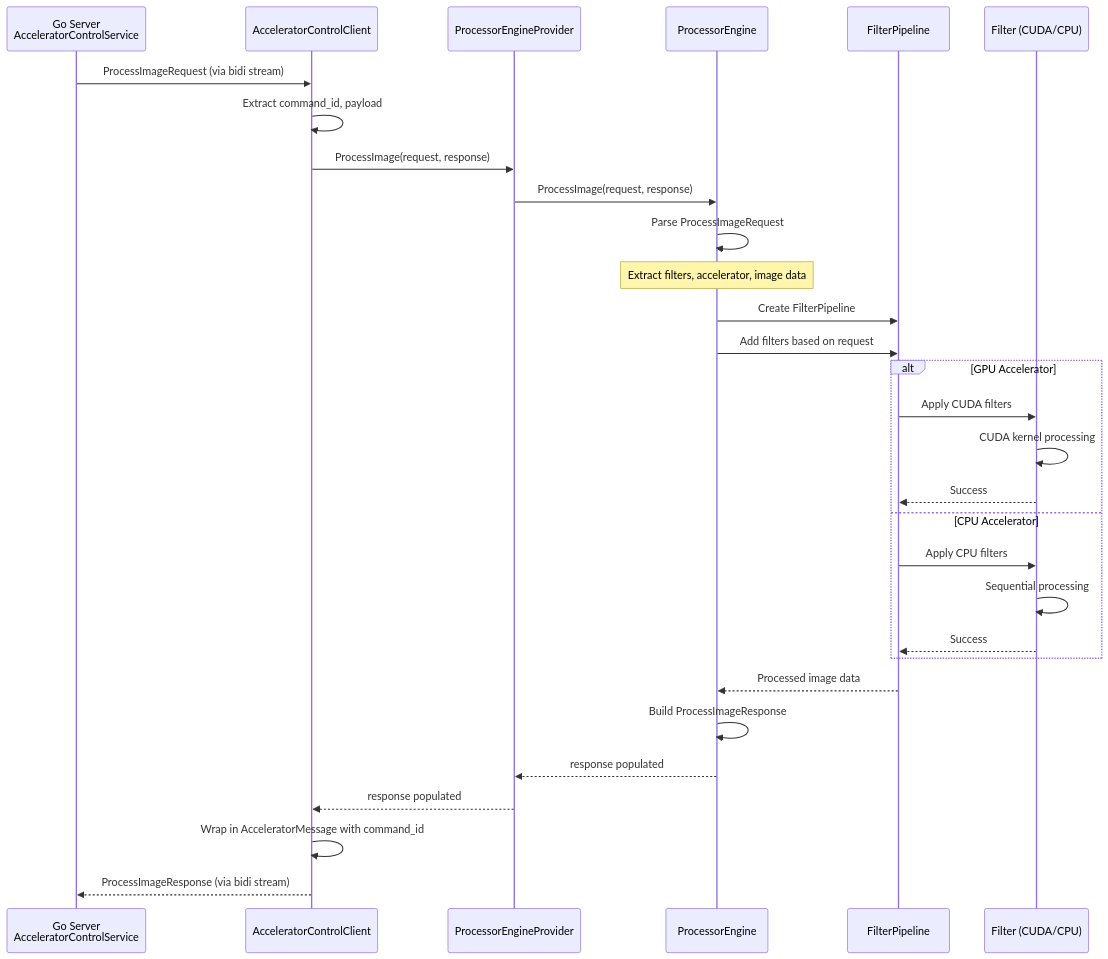
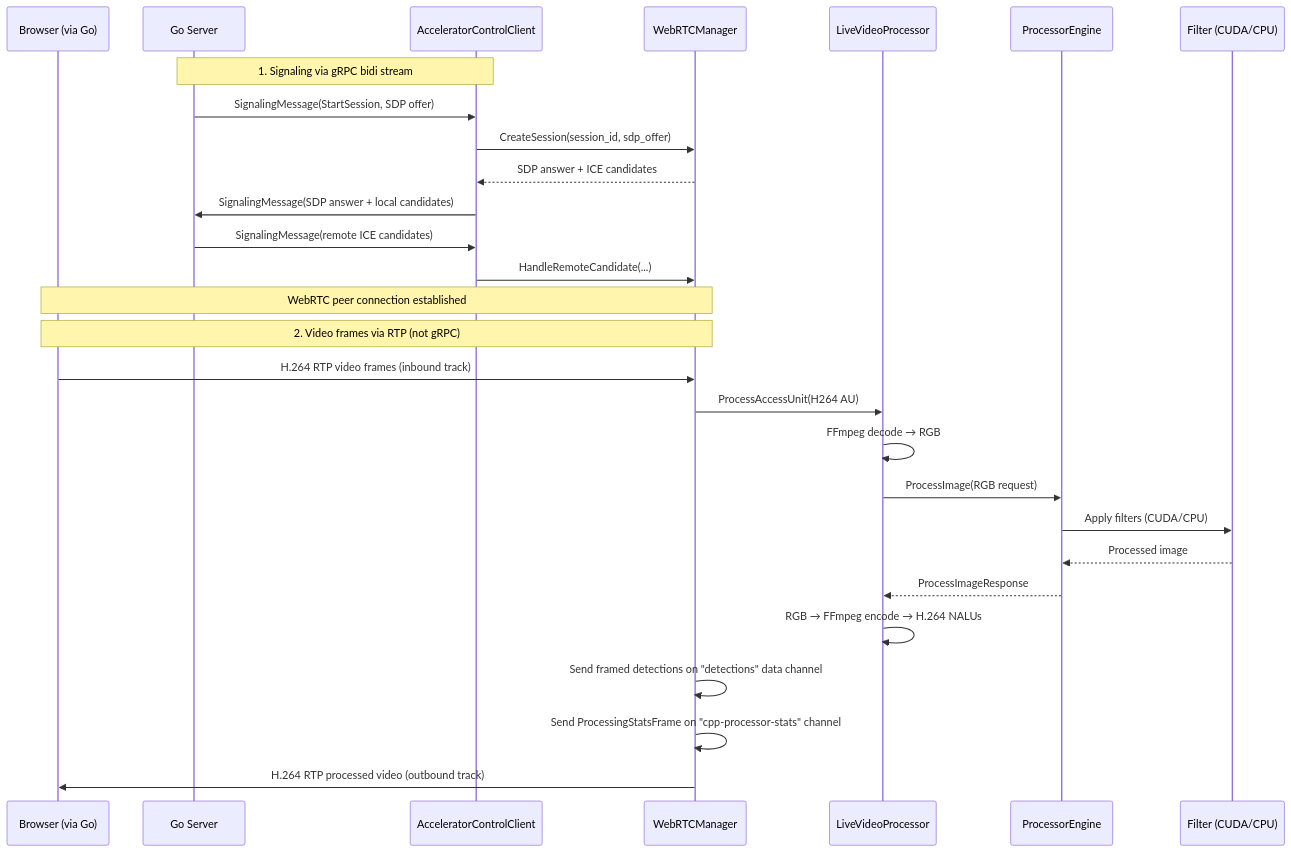
Before and after one commit to josnelihurt/learning-cuda: the fourth of 6 diagrams in src/cpp_accelerator/README.md, drawn with Mermaid. The commit also changed other lines of this file and 6 other files, not shown here.

````diff
--- a/src/cpp_accelerator/README.md
+++ b/src/cpp_accelerator/README.md
@@ -180,38 +196,32 @@
 ```mermaid
 sequenceDiagram
-    participant GoServer as Go Server<br/>AcceleratorControlService
+    participant Browser as Browser (via Go)
+    participant Go as Go Server
     participant Client as AcceleratorControlClient
-    participant Provider as ProcessorEngineProvider
+    participant WRTC as WebRTCManager
+    participant LVP as LiveVideoProcessor
     participant Engine as ProcessorEngine
-    participant Pipeline as FilterPipeline
     participant Filter as Filter (CUDA/CPU)
 
-    GoServer->>Client: ProcessImageRequest (via bidi stream)
-    Client->>Client: Extract command_id, payload
+    Note over Go,Client: 1. Signaling via gRPC bidi stream
+    Go->>Client: SignalingMessage(StartSession, SDP offer)
+    Client->>WRTC: CreateSession(session_id, sdp_offer)
+    WRTC-->>Client: SDP answer + ICE candidates
+    Client->>Go: SignalingMessage(SDP answer + local candidates)
+    Go->>Client: SignalingMessage(remote ICE candidates)
+    Client->>WRTC: HandleRemoteCandidate(...)
+    Note over Browser,WRTC: WebRTC peer connection established
 
-    Client->>Provider: ProcessImage(request, response)
-    Provider->>Engine: ProcessImage(request, response)
-
-    Engine->>Engine: Parse ProcessImageRequest
-    Note over Engine: Extract filters, accelerator, image data
-
-    Engine->>Pipeline: Create FilterPipeline
-    Engine->>Pipeline: Add filters based on request
-
-    alt GPU Accelerator
-        Pipeline->>Filter: Apply CUDA filters
-        Filter->>Filter: CUDA kernel processing
-        Filter-->>Pipeline: Success
-    else CPU Accelerator
-        Pipeline->>Filter: Apply CPU filters
-        Filter->>Filter: Sequential processing
-        Filter-->>Pipeline: Success
-    end
-
-    Pipeline-->>Engine: Processed image data
-    Engine->>Engine: Build ProcessImageResponse
-    Engine-->>Provider: response populated
-    Provider-->>Client: response populated
-    Client->>Client: Wrap in AcceleratorMessage with command_id
-    Client-->>GoServer: ProcessImageResponse (via bidi stream)
+    Note over Browser,WRTC: 2. Video frames via RTP (not gRPC)
+    Browser->>WRTC: H.264 RTP video frames (inbound track)
+    WRTC->>LVP: ProcessAccessUnit(H264 AU)
+    LVP->>LVP: FFmpeg decode → RGB
+    LVP->>Engine: ProcessImage(RGB request)
+    Engine->>Filter: Apply filters (CUDA/CPU)
+    Filter-->>Engine: Processed image
+    Engine-->>LVP: ProcessImageResponse
+    LVP->>LVP: RGB → FFmpeg encode → H.264 NALUs
+    WRTC->>WRTC: Send framed detections on "detections" data channel
+    WRTC->>WRTC: Send ProcessingStatsFrame on "cpp-processor-stats" channel
+    WRTC->>Browser: H.264 RTP processed video (outbound track)
 ```
````
